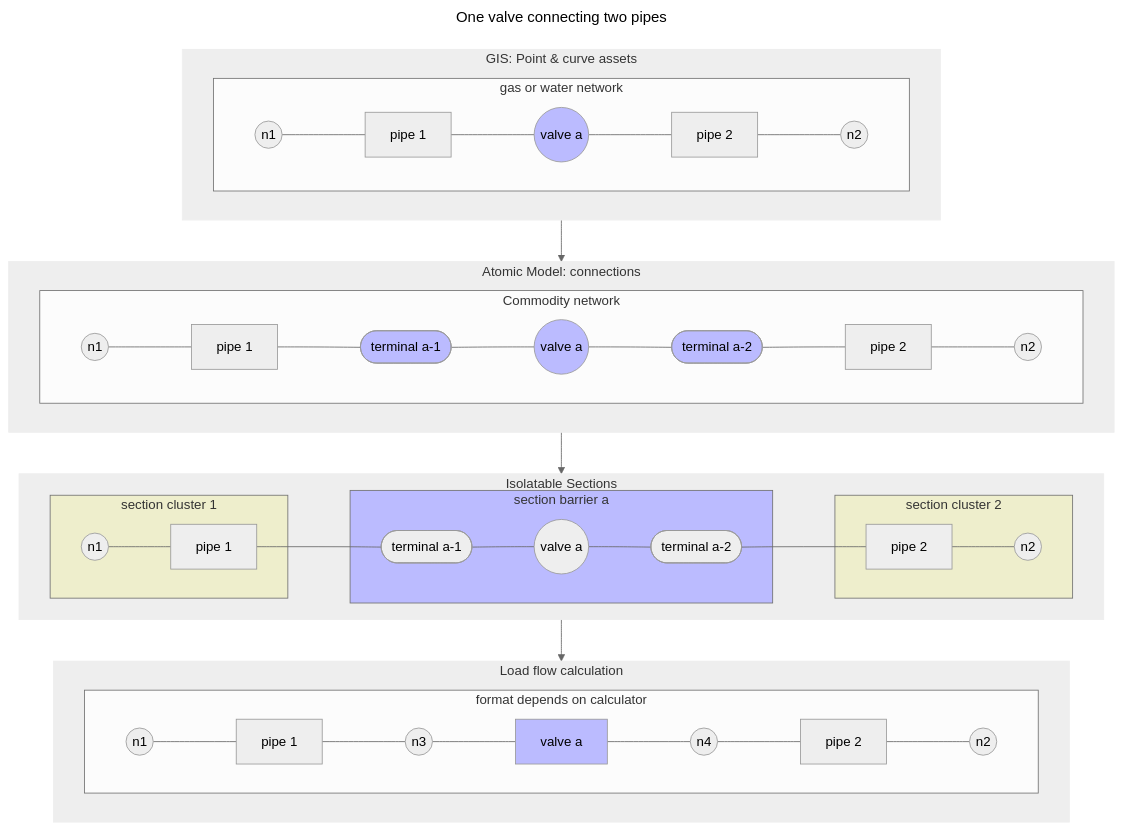
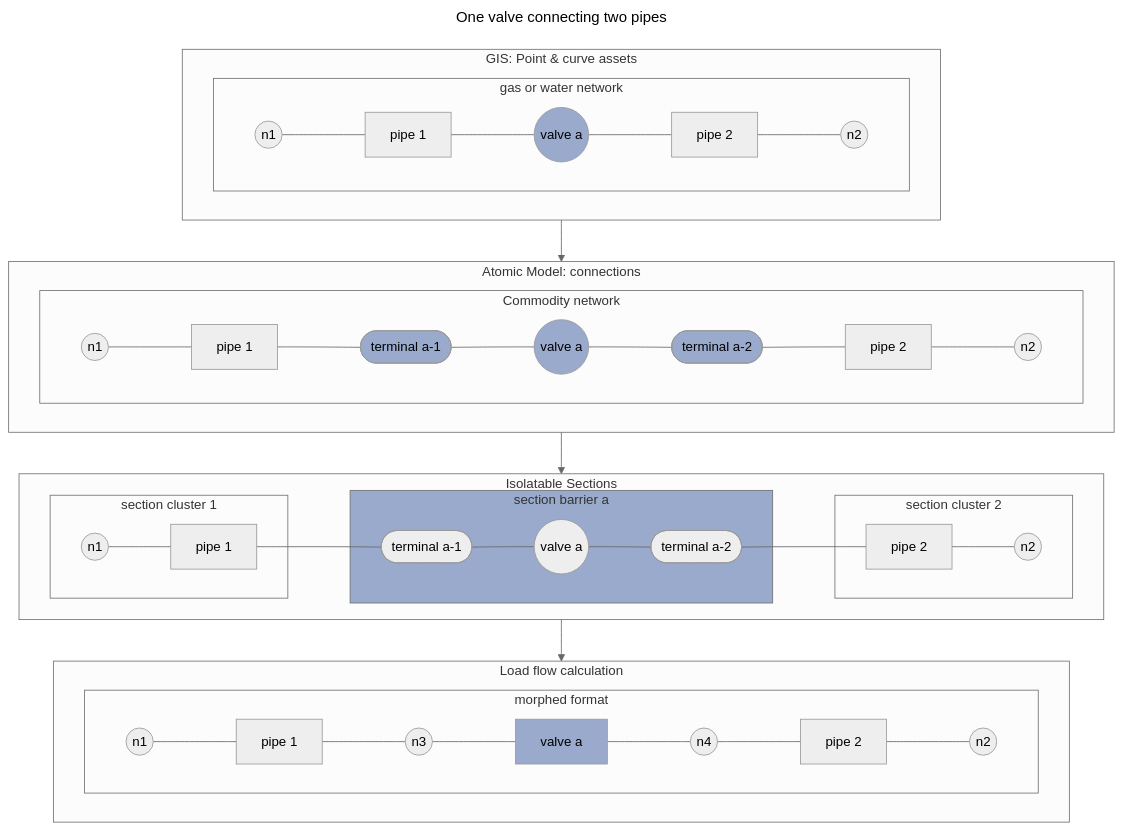
One commit to spatialeye/NetCon changed the diagram in content/3 Overview/Data Flow Examples/Data Flow Example 1.md. Above: the diagram before and after it, drawn with Mermaid (neutral theme). The commit also changed other lines of this file and 97 other files, not shown here.

````diff
--- a/content/3 Overview/Data Flow Examples/Data Flow Example 1.md
+++ b/content/3 Overview/Data Flow Examples/Data Flow Example 1.md
@@ -25,48 +24,46 @@
 ```mermaid
 ---
 title: One valve connecting two pipes
 ---
 flowchart TD
   gis:::outerStyle --> model:::outerStyle --> sections:::outerStyle --> flow:::outerStyle
   subgraph gis [GIS: Point & curve assets]
     subgraph gispic [gas or water network]
       direction LR 
       gisnode2((n1)) --- gispipe1[pipe 1] --- gisnode3((valve a)) --- gispipe2[pipe 2] --- gisnode4((n2))
       gisnode3:::barrierStyle
     end
   end
   subgraph model [Atomic Model: connections]
     subgraph modelpic [Commodity network]
       direction LR 
       modnode2((n1)) --- modpipe1[pipe 1] --- modterm1([terminal a-1]) --- modnode3((valve a)) --- modterm2([terminal a-2]) --- modpipe2[pipe 2] --- modnode4((n2))
       modterm1:::barrierStyle
       modnode3:::barrierStyle
       modterm2:::barrierStyle
     end
   end
   subgraph sections [Isolatable Sections]
     direction LR 
     subgraph sectionpic1 [section cluster 1]
       secnode2((n1)) --- secpipe1[pipe 1]
     end
     subgraph sectionpic2 [section barrier a]
       secpipe1[pipe 1] --- secterm1([terminal a-1]) --- secnodea((valve a)) --- secterm_a2([terminal a-2])
     end
     subgraph sectionpic3 [section cluster 2]
       secterm_a2([terminal a-2]) --- secpipe2[pipe 2] --- secnode4((n2))
     end
     sectionpic1:::sectionStyle
     sectionpic2:::barrierStyle
     sectionpic3:::sectionStyle
   end
   subgraph flow [Load flow calculation]
-    subgraph flowpic [format depends on calculator]
+    subgraph flowpic [morphed format]
       direction LR 
       flownode1((n1)) --- flowpipe1[pipe 1] --- flownode3((n3)) --- flowvalvea[valve a] --- flownode4((n4)) --- flowpipe2[pipe 2] --- flownode2((n2))
       flowvalvea:::barrierStyle
     end
   end
-  classDef outerStyle fill:#eee, stroke:#eee
-  classDef sectionStyle fill: #eec, stroke #eec
-  classDef barrierStyle fill:#bbf
+  classDef barrierStyle fill:#9ac
 ```
````
